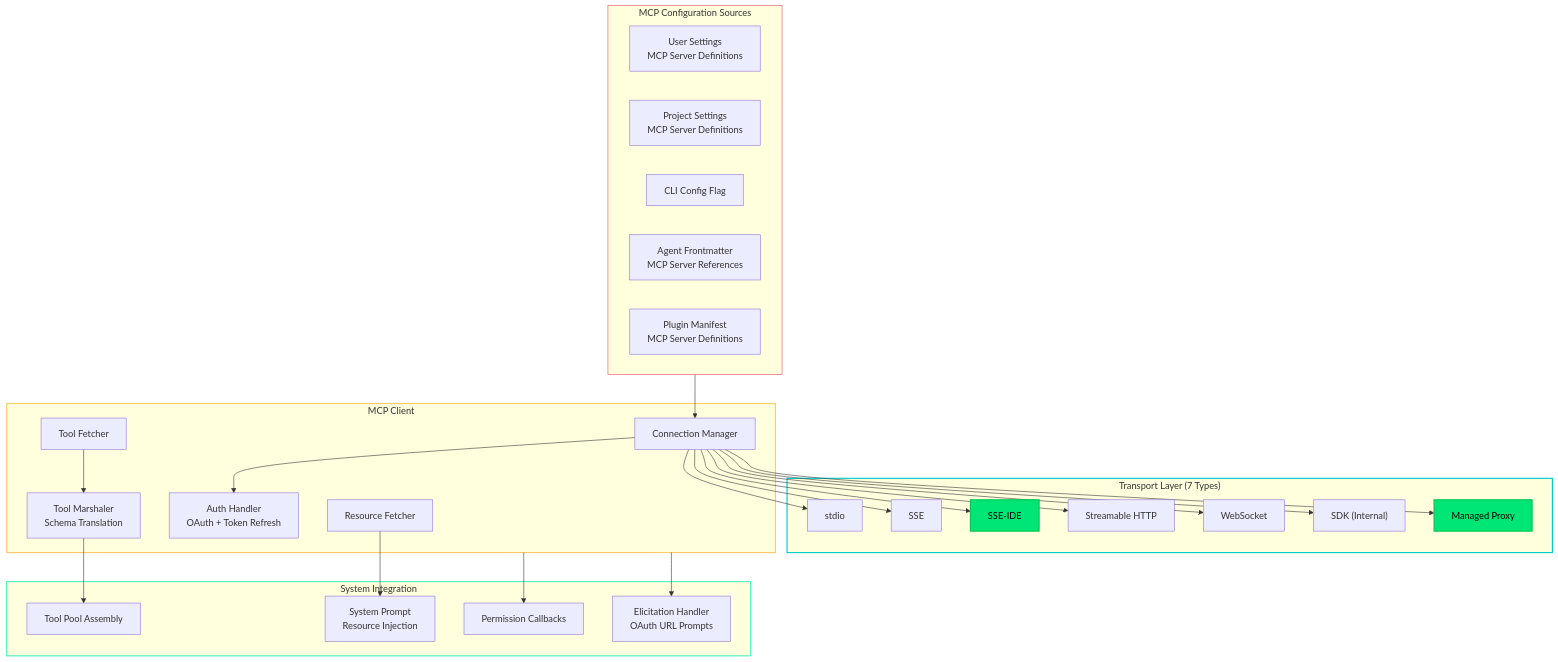
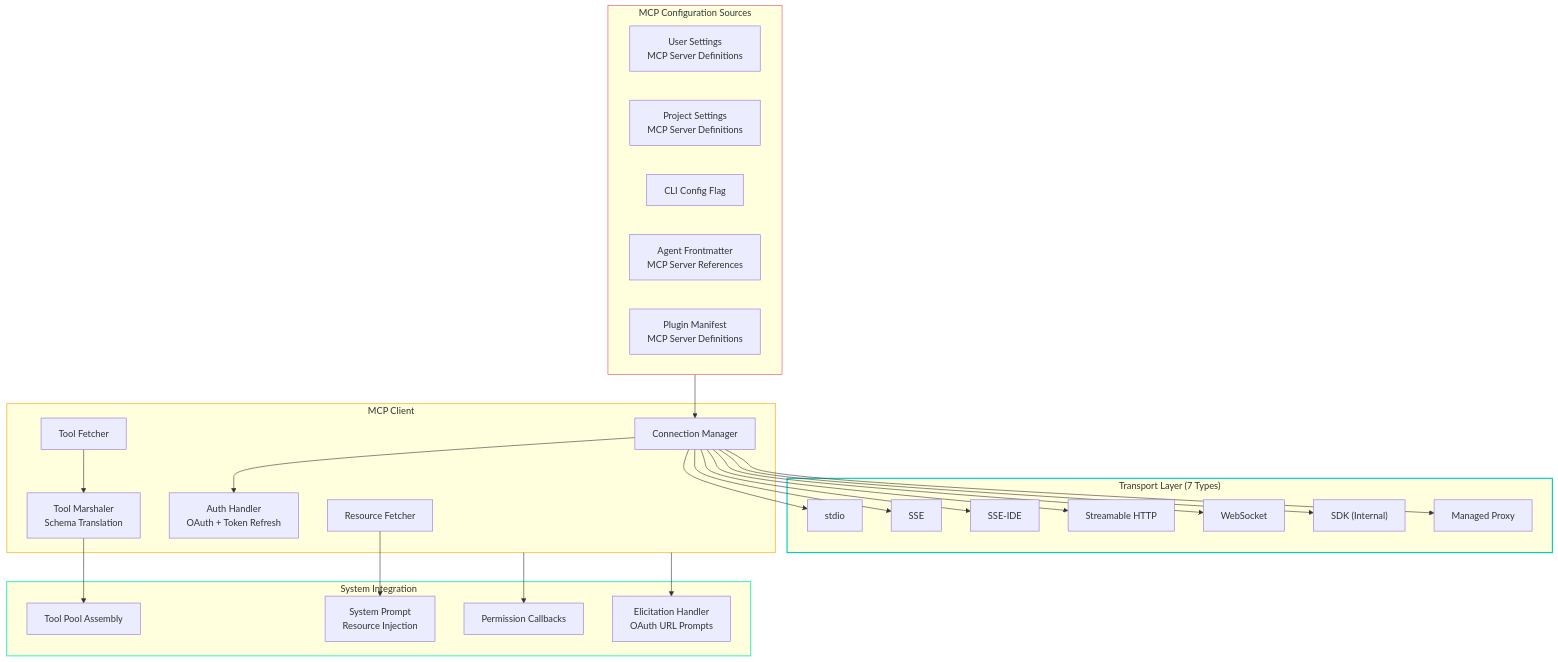
One commit to PavelValentov/multi-agent-architecture changed the eighth of 14 diagrams in DIAGRAMS.md. Above: the diagram before and after it, drawn with Mermaid. The commit also changed other lines of this file, not shown here.

First line of the commit message:
Remove green highlighting from all diagrams

````diff
--- a/DIAGRAMS.md
+++ b/DIAGRAMS.md
@@ -670,57 +656,55 @@
 ```mermaid
 graph TB
     subgraph Config["MCP Configuration Sources"]
         USER_CFG["User Settings<br/>MCP Server Definitions"]
         PROJECT_CFG["Project Settings<br/>MCP Server Definitions"]
         CLI_CFG["CLI Config Flag"]
         AGENT_CFG["Agent Frontmatter<br/>MCP Server References"]
         PLUGIN_CFG["Plugin Manifest<br/>MCP Server Definitions"]
     end
 
     subgraph Transports["Transport Layer (7 Types)"]
         STDIO["stdio"]
         SSE["SSE"]
         SSE_IDE["SSE-IDE"]
         HTTP["Streamable HTTP"]
         WS["WebSocket"]
         SDK["SDK (Internal)"]
         CLAUDE_PROXY["Managed Proxy"]
     end
 
     subgraph Client["MCP Client"]
         CONNECT["Connection Manager"]
         TOOLS_FETCH["Tool Fetcher"]
         RESOURCES["Resource Fetcher"]
         AUTH["Auth Handler<br/>OAuth + Token Refresh"]
         MARSHAL["Tool Marshaler<br/>Schema Translation"]
     end
 
     subgraph Integration["System Integration"]
         TOOL_REG["Tool Pool Assembly"]
         SYS_PROMPT["System Prompt<br/>Resource Injection"]
         PERM["Permission Callbacks"]
         ELICIT["Elicitation Handler<br/>OAuth URL Prompts"]
     end
 
     Config --> CONNECT
     CONNECT --> STDIO
     CONNECT --> SSE
     CONNECT --> SSE_IDE
     CONNECT --> HTTP
     CONNECT --> WS
     CONNECT --> SDK
     CONNECT --> CLAUDE_PROXY
     CONNECT --> AUTH
     TOOLS_FETCH --> MARSHAL
     MARSHAL --> TOOL_REG
     RESOURCES --> SYS_PROMPT
     Client --> PERM
     Client --> ELICIT
 
     style Config stroke:#e94560,stroke-width:1px
     style Transports stroke:#00cec9,stroke-width:2px
     style Client stroke:#fdcb6e,stroke-width:2px
     style Integration stroke:#55efc4,stroke-width:2px
-    style SSE_IDE fill:#00e676,stroke:#00c853,stroke-width:2px,color:#000
-    style CLAUDE_PROXY fill:#00e676,stroke:#00c853,stroke-width:2px,color:#000
 ```
````
